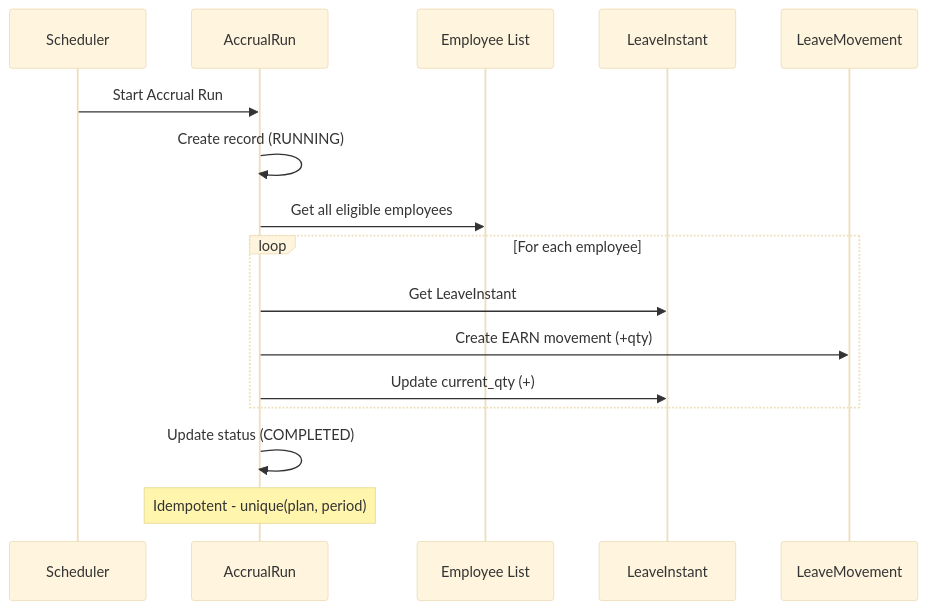
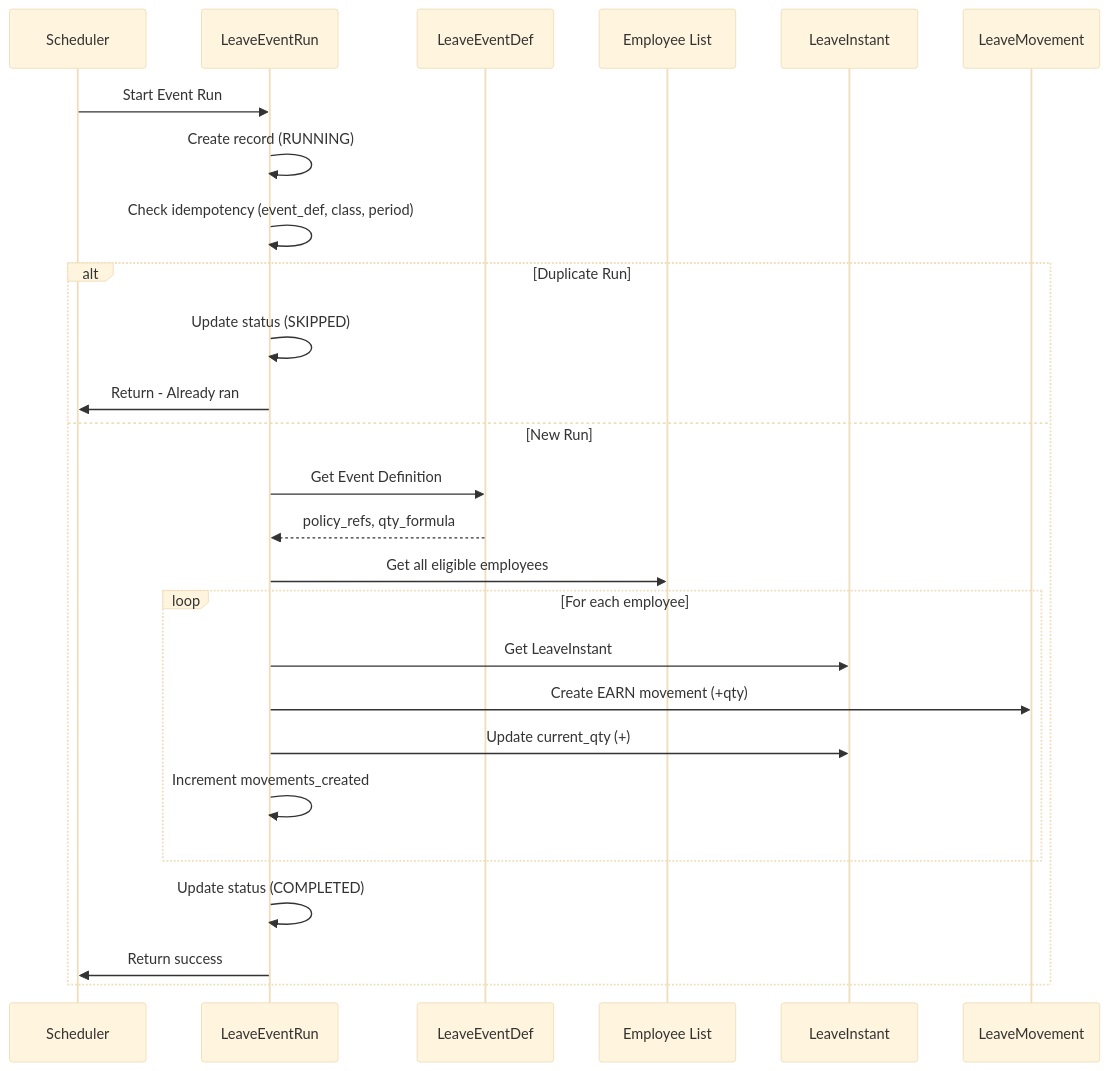
One commit to a4b-corporation/xTalent changed the sixth of 6 diagrams in docs/02-dbml/TA/03-absence-model.md. Above: the diagram before and after it, drawn with Mermaid (base theme). The commit also changed other lines of this file and 3 other files, not shown here.

````diff
--- a/docs/02-dbml/TA/03-absence-model.md
+++ b/docs/02-dbml/TA/03-absence-model.md
@@ -1094,19 +1101,33 @@
 ```mermaid
 sequenceDiagram
     participant S as Scheduler
-    participant AR as AccrualRun
+    participant ER as LeaveEventRun
+    participant ED as LeaveEventDef
     participant E as Employee List
     participant L as LeaveInstant
     participant M as LeaveMovement
     
-    S->>AR: Start Accrual Run
-    AR->>AR: Create record (RUNNING)
-    AR->>E: Get all eligible employees
-    loop For each employee
-        AR->>L: Get LeaveInstant
-        AR->>M: Create EARN movement (+qty)
-        AR->>L: Update current_qty (+)
+    S->>ER: Start Event Run
+    ER->>ER: Create record (RUNNING)
+    ER->>ER: Check idempotency (event_def, class, period)
+    
+    alt Duplicate Run
+        ER->>ER: Update status (SKIPPED)
+        ER->>S: Return - Already ran
+    else New Run
+        ER->>ED: Get Event Definition
+        ED-->>ER: policy_refs, qty_formula
+        
+        ER->>E: Get all eligible employees
+        
+        loop For each employee
+            ER->>L: Get LeaveInstant
+            ER->>M: Create EARN movement (+qty)
+            ER->>L: Update current_qty (+)
+            ER->>ER: Increment movements_created
+        end
+        
+        ER->>ER: Update status (COMPLETED)
+        ER->>S: Return success
     end
-    AR->>AR: Update status (COMPLETED)
-    Note over AR: Idempotent - unique(plan, period)
 ```
````
